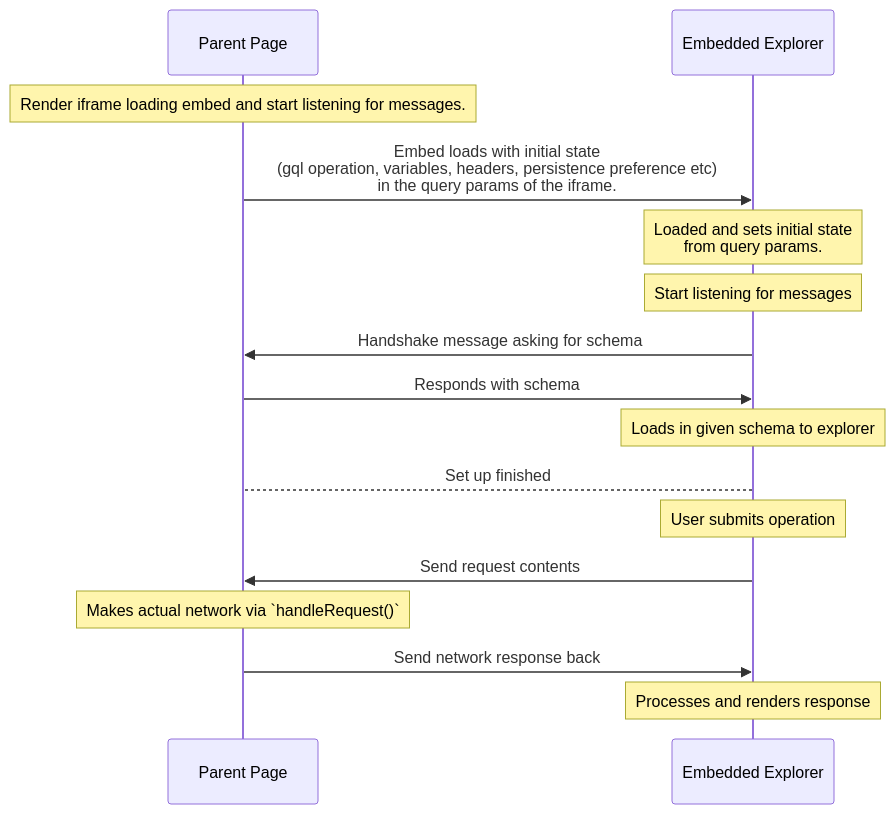
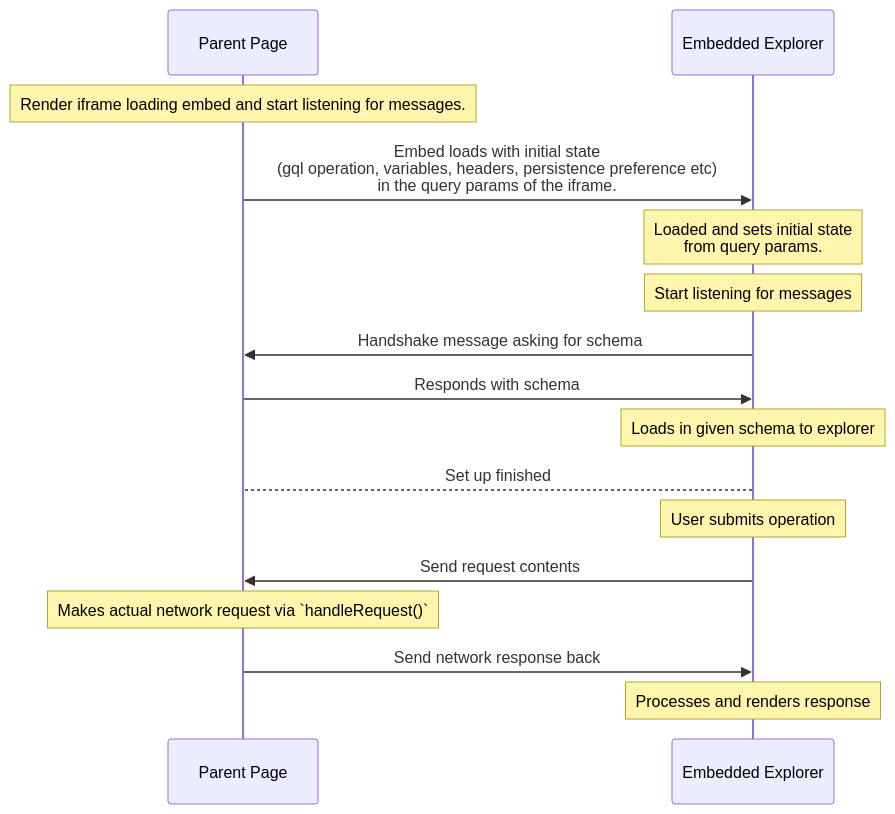
Before and after one commit to apollographql/embeddable-explorer: the first of 2 diagrams in packages/explorer/README.md, drawn with Mermaid. The commit also changed other lines of this file and 1 other file, not shown here.

````diff
--- a/packages/explorer/README.md
+++ b/packages/explorer/README.md
@@ -102,23 +102,23 @@
 ```mermaid
 sequenceDiagram
     participant Parent as Parent Page
     participant Embed as Embedded Explorer
 
     note over Parent: Render iframe loading embed and start listening for messages.
     Parent->>Embed: Embed loads with initial state <br>(gql operation, variables, headers, persistence preference etc) <br>in the query params of the iframe.
     note over Embed: Loaded and sets initial state<br> from query params.
     note over Embed: Start listening for messages
 
     Embed->>Parent: Handshake message asking for schema
     Parent->>Embed: Responds with schema
 
     note over Embed: Loads in given schema to explorer
 
     Embed --> Parent: Set up finished
     
     note over Embed: User submits operation
     Embed->>Parent: Send request contents
-    note over Parent: Makes actual network via `handleRequest()`
+    note over Parent: Makes actual network request via `handleRequest()`
     Parent->>Embed: Send network response back
     note over Embed: Processes and renders response
 ```
````
